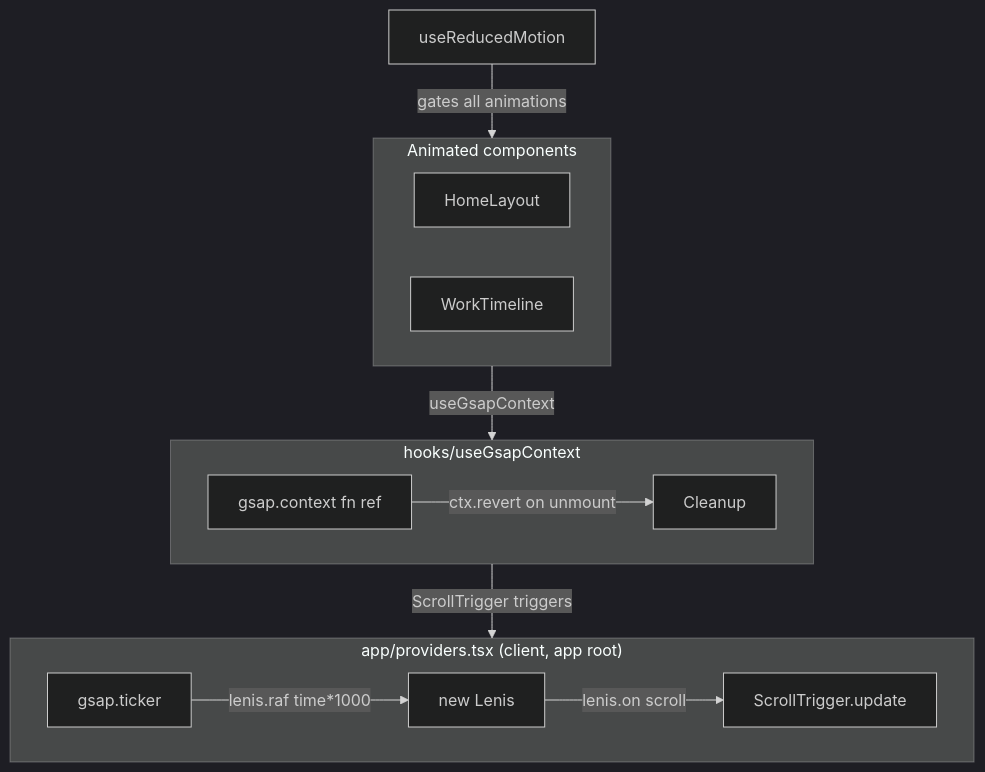
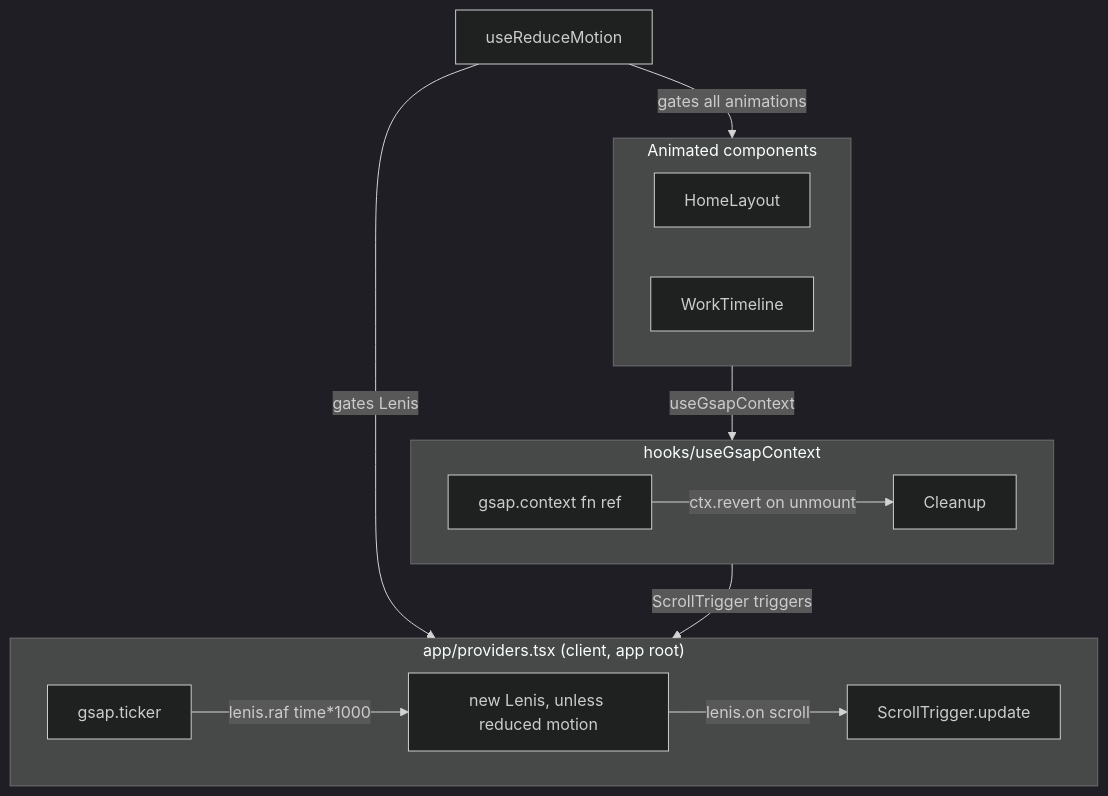
The third of 3 diagrams in README.md (LuigiEspinosa/cuatro-portfolio), drawn with Mermaid (dark theme) before and after one commit. The commit also changed other lines of this file and 15 other files, not shown here.

Commit message:
fix(a-17): scope Lenis smooth scroll to the motion preference

````diff
--- a/README.md
+++ b/README.md
@@ -125,23 +127,24 @@
 ```mermaid
 flowchart TD
     subgraph providers["app/providers.tsx (client, app root)"]
-        L[new Lenis]
+        L[new Lenis, unless reduced motion]
         T[gsap.ticker]
         L -->|lenis.on scroll| ST[ScrollTrigger.update]
         T -->|lenis.raf time*1000| L
     end
 
     subgraph hook["hooks/useGsapContext"]
         CTX[gsap.context fn ref]
         CTX -->|ctx.revert on unmount| CLEAN[Cleanup]
     end
 
     subgraph components["Animated components"]
         HL[HomeLayout]
         WT[WorkTimeline]
     end
 
-    RM[useReducedMotion] -->|gates all animations| components
+    RM[useReduceMotion] -->|gates all animations| components
+    RM -->|gates Lenis| providers
     components -->|useGsapContext| hook
     hook -->|ScrollTrigger triggers| providers
 ```
````
